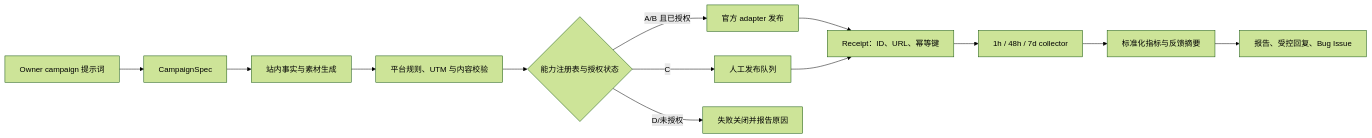
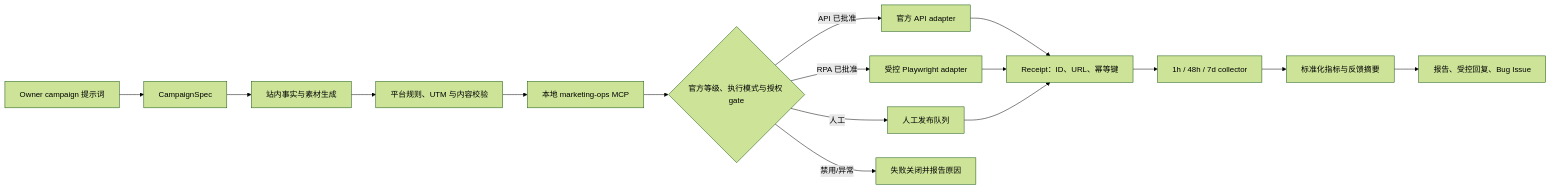
One commit to IllegalCreed/algorithms-visualization changed the diagram in docs/marketing/channel-automation-audit.md. Above: the diagram before and after it, drawn with Mermaid (forest theme). The commit also changed other lines of this file and 22 other files, not shown here.

````diff
--- a/docs/marketing/channel-automation-audit.md
+++ b/docs/marketing/channel-automation-audit.md
@@ -107,15 +120,18 @@
 ```mermaid
 flowchart LR
   P["Owner campaign 提示词"] --> S["CampaignSpec"]
   S --> C["站内事实与素材生成"]
   C --> V["平台规则、UTM 与内容校验"]
-  V --> G{"能力注册表与授权状态"}
-  G -->|A/B 且已授权| A["官方 adapter 发布"]
-  G -->|C| M["人工发布队列"]
-  G -->|D/未授权| F["失败关闭并报告原因"]
+  V --> M["本地 marketing-ops MCP"]
+  M --> G{"官方等级、执行模式与授权 gate"}
+  G -->|API 已批准| A["官方 API adapter"]
+  G -->|RPA 已批准| B["受控 Playwright adapter"]
+  G -->|人工| H["人工发布队列"]
+  G -->|禁用/异常| F["失败关闭并报告原因"]
   A --> R["Receipt：ID、URL、幂等键"]
-  M --> R
+  B --> R
+  H --> R
   R --> K["1h / 48h / 7d collector"]
   K --> N["标准化指标与反馈摘要"]
   N --> O["报告、受控回复、Bug Issue"]
 ```
````
